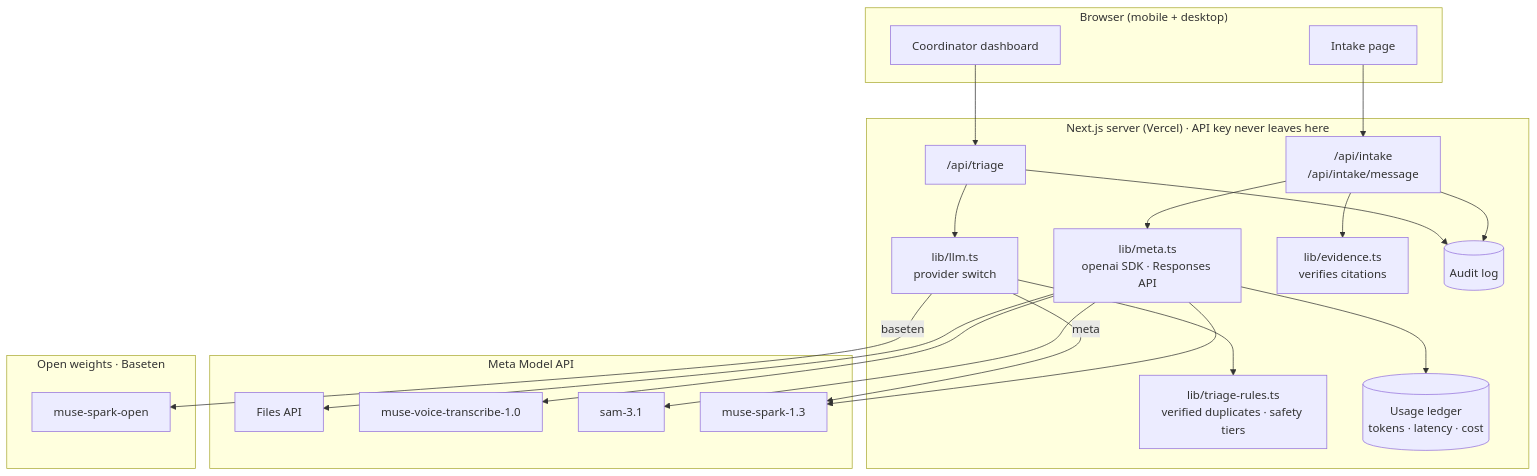
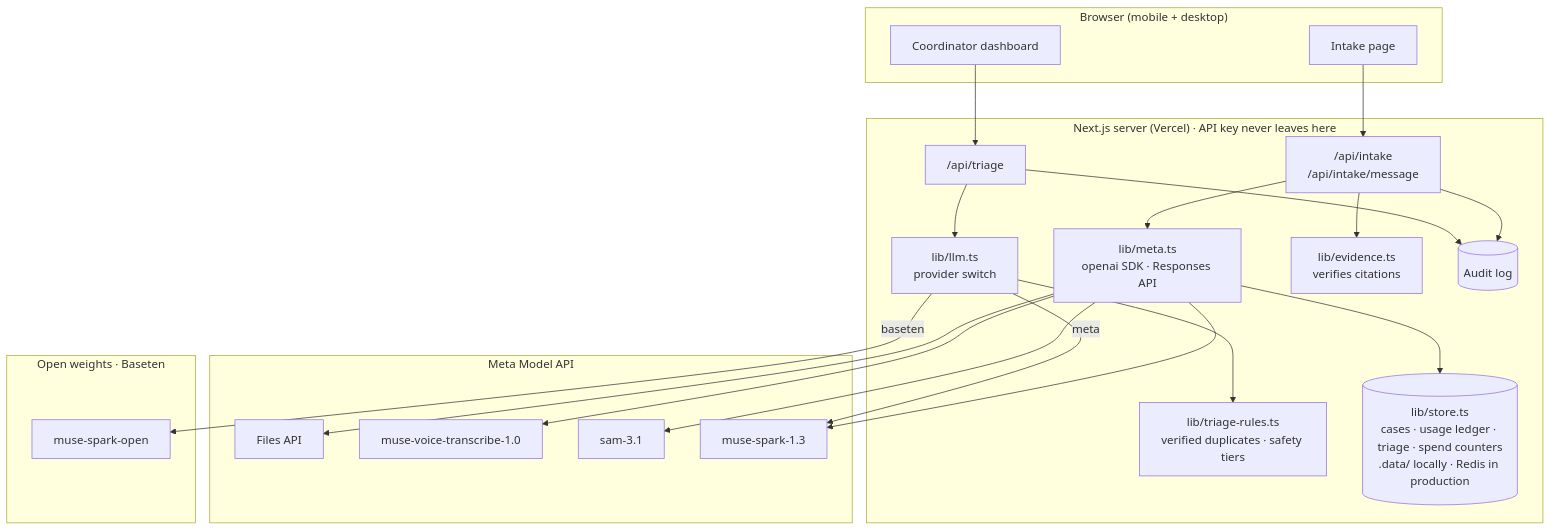
Before and after one commit to SapSaeta/relief-net: the fifth of 6 diagrams in README.md, drawn with Mermaid. The commit also changed other lines of this file and 17 other files, not shown here.

First line of the commit message:
feat: store interface (filesystem locally, Redis in production) and atomic spend cap

````diff
--- a/README.md
+++ b/README.md
@@ -171,36 +171,36 @@
 ```mermaid
 flowchart TB
     subgraph Client["Browser (mobile + desktop)"]
         UI1[Intake page]
         UI2[Coordinator dashboard]
     end
     subgraph Server["Next.js server (Vercel) · API key never leaves here"]
         R1["/api/intake<br/>/api/intake/message"]
         R2["/api/triage"]
         LIB["lib/meta.ts<br/>openai SDK · Responses API"]
         LLM["lib/llm.ts<br/>provider switch"]
         RULES["lib/triage-rules.ts<br/>verified duplicates · safety tiers"]
         VER["lib/evidence.ts<br/>verifies citations"]
-        LED[("Usage ledger<br/>tokens · latency · cost")]
+        LED[("lib/store.ts<br/>cases · usage ledger · triage · spend counters<br/>.data/ locally · Redis in production")]
         LOG[(Audit log)]
     end
     subgraph Meta["Meta Model API"]
         M1[Files API]
         M2[muse-voice-transcribe-1.0]
         M3[sam-3.1]
         M4[muse-spark-1.3]
     end
     subgraph Open["Open weights · Baseten"]
         O1[muse-spark-open]
     end
     UI1 --> R1
     UI2 --> R2
     R1 --> LIB
     R2 --> LLM --> RULES
     LIB --> M1 & M2 & M3 & M4
     LLM -->|meta| M4
     LLM -->|baseten| O1
     R1 --> VER
     LIB --> LED
     R1 & R2 --> LOG
 ```
````
